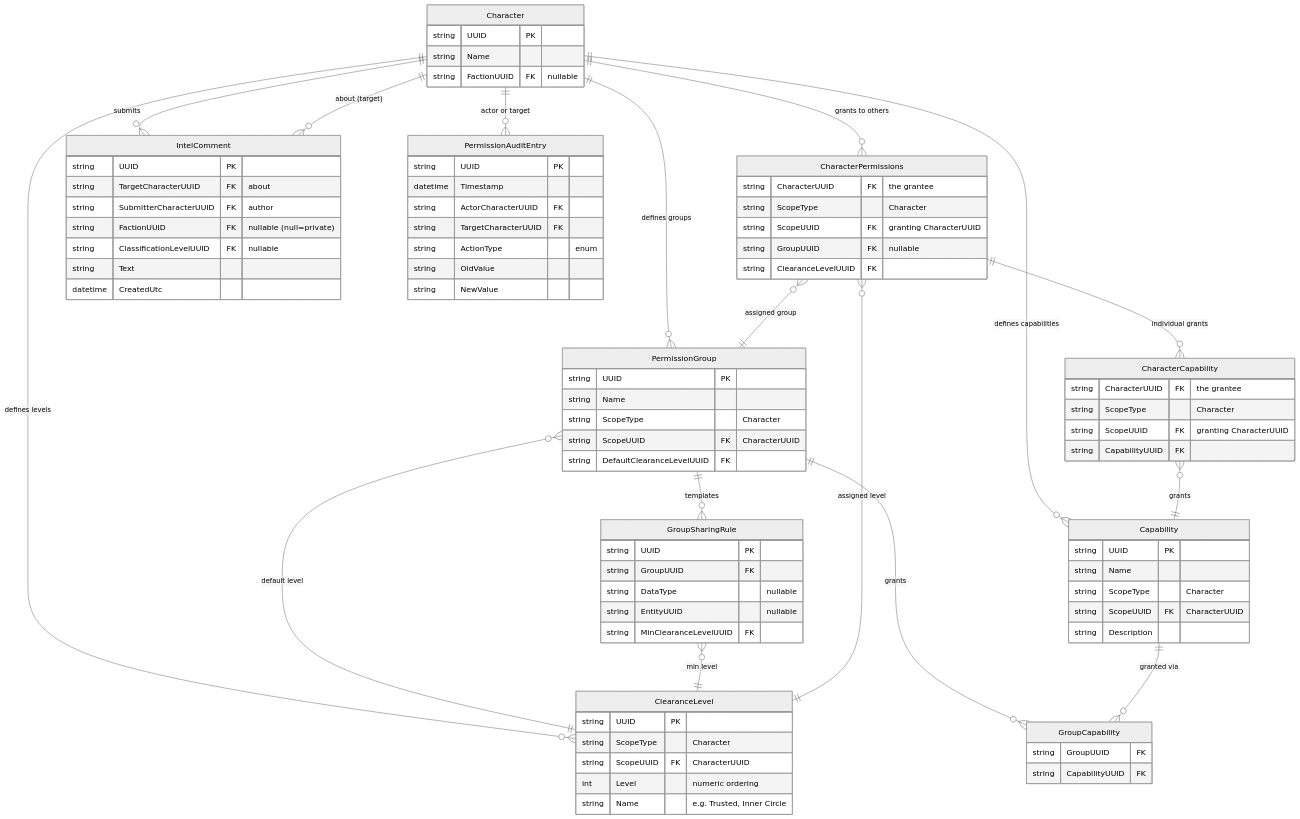
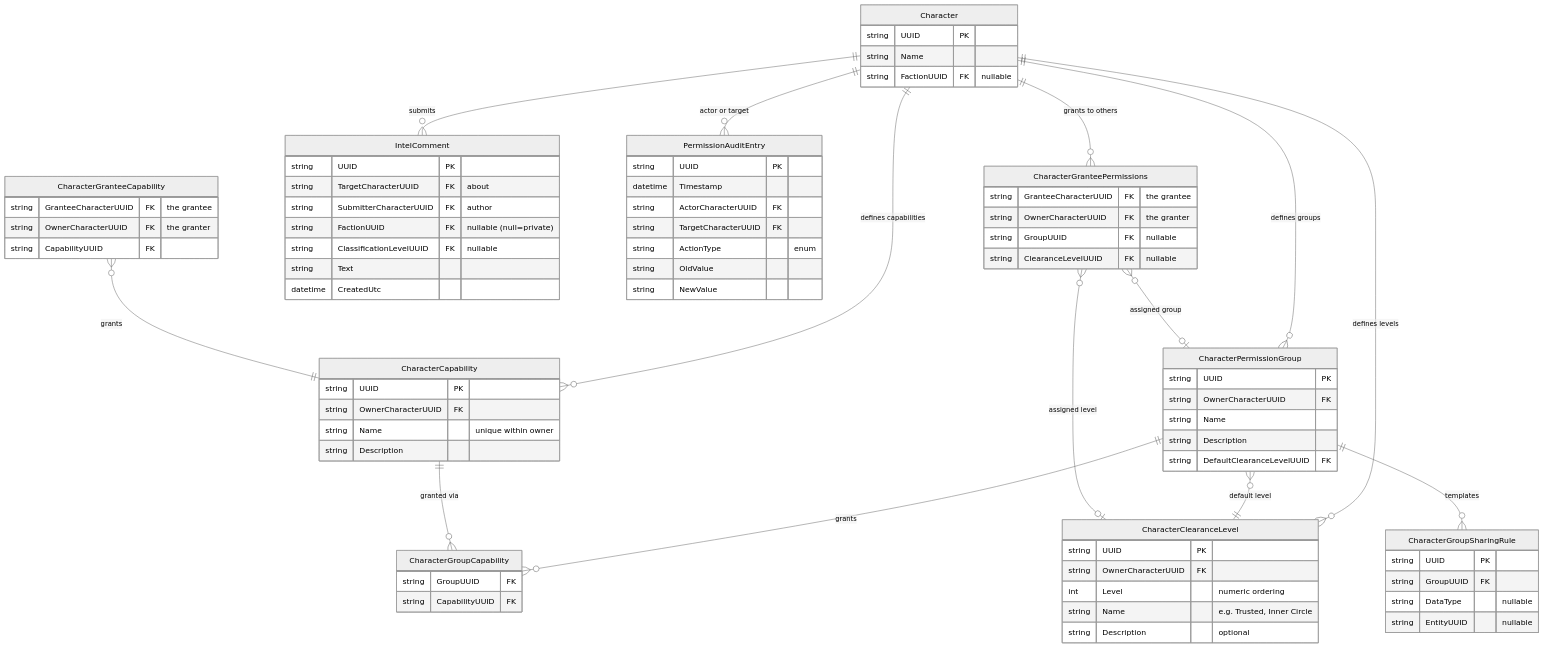
The second of 2 diagrams in .kiro/specs/faction-server-expanded-permissions/design.md (scalorn/OuterEmpires2EmpireTracker), drawn with Mermaid (neutral theme) before and after one commit. The commit also changed other lines of this file and 1 other file, not shown here.

First line of the commit message:
Split shared tables into separate faction and character tables

```diff
--- a/.kiro/specs/faction-server-expanded-permissions/design.md
+++ b/.kiro/specs/faction-server-expanded-permissions/design.md
@@ -286,77 +345,71 @@
         string FactionUUID FK "nullable"
     }
 
-    Character ||--o{ ClearanceLevel : "defines levels"
-    Character ||--o{ Capability : "defines capabilities"
-    Character ||--o{ PermissionGroup : "defines groups"
-    Character ||--o{ CharacterPermissions : "grants to others"
+    Character ||--o{ CharacterClearanceLevel : "defines levels"
+    Character ||--o{ CharacterCapability : "defines capabilities"
+    Character ||--o{ CharacterPermissionGroup : "defines groups"
+    Character ||--o{ CharacterGranteePermissions : "grants to others"
     Character ||--o{ IntelComment : "submits"
     Character ||--o{ PermissionAuditEntry : "actor or target"
 
-    ClearanceLevel {
+    CharacterClearanceLevel {
         string UUID PK
-        string ScopeType "Character"
-        string ScopeUUID FK "CharacterUUID"
+        string OwnerCharacterUUID FK
         int Level "numeric ordering"
         string Name "e.g. Trusted, Inner Circle"
+        string Description "optional"
     }
 
-    Capability {
+    CharacterCapability {
         string UUID PK
-        string Name
-        string ScopeType "Character"
-        string ScopeUUID FK "CharacterUUID"
+        string OwnerCharacterUUID FK
+        string Name "unique within owner"
         string Description
     }
 
-    PermissionGroup {
+    CharacterPermissionGroup {
         string UUID PK
+        string OwnerCharacterUUID FK
         string Name
-        string ScopeType "Character"
-        string ScopeUUID FK "CharacterUUID"
+        string Description
         string DefaultClearanceLevelUUID FK
     }
 
-    PermissionGroup }o--|| ClearanceLevel : "default level"
-    PermissionGroup ||--o{ GroupCapability : "grants"
-    PermissionGroup ||--o{ GroupSharingRule : "templates"
+    CharacterPermissionGroup }o--|| CharacterClearanceLevel : "default level"
+    CharacterPermissionGroup ||--o{ CharacterGroupCapability : "grants"
+    CharacterPermissionGroup ||--o{ CharacterGroupSharingRule : "templates"
 
-    GroupCapability {
+    CharacterGroupCapability {
         string GroupUUID FK
         string CapabilityUUID FK
     }
 
-    GroupSharingRule {
+    CharacterGroupSharingRule {
         string UUID PK
         string GroupUUID FK
         string DataType "nullable"
         string EntityUUID "nullable"
-        string MinClearanceLevelUUID FK
     }
 
-    GroupSharingRule }o--|| ClearanceLevel : "min level"
-    Capability ||--o{ GroupCapability : "granted via"
+    CharacterCapability ||--o{ CharacterGroupCapability : "granted via"
 
-    CharacterPermissions {
-        string CharacterUUID FK "the grantee"
-        string ScopeType "Character"
-        string ScopeUUID FK "granting CharacterUUID"
+    CharacterGranteePermissions {
+        string GranteeCharacterUUID FK "the grantee"
+        string OwnerCharacterUUID FK "the granter"
         string GroupUUID FK "nullable"
-        string ClearanceLevelUUID FK
+        string ClearanceLevelUUID FK "nullable"
     }
 
-    CharacterPermissions }o--|| PermissionGroup : "assigned group"
-    CharacterPermissions }o--|| ClearanceLevel : "assigned level"
+    CharacterGranteePermissions }o--o| CharacterPermissionGroup : "assigned group"
+    CharacterGranteePermissions }o--o| CharacterClearanceLevel : "assigned level"
 
-    CharacterCapability {
-        string CharacterUUID FK "the grantee"
-        string ScopeType "Character"
-        string ScopeUUID FK "granting CharacterUUID"
+    CharacterGranteeCapability {
+        string GranteeCharacterUUID FK "the grantee"
+        string OwnerCharacterUUID FK "the granter"
         string CapabilityUUID FK
     }
 
-    CharacterCapability }o--|| Capability : "grants"
-    CharacterPermissions ||--o{ CharacterCapability : "individual grants"
+    CharacterGranteeCapability }o--|| CharacterCapability : "grants"
 
     IntelComment {
         string UUID PK
@@ -368,8 +421,6 @@
         datetime CreatedUtc
     }
 
-    IntelComment }o--|| Character : "about (target)"
-
     PermissionAuditEntry {
         string UUID PK
         datetime Timestamp
```
